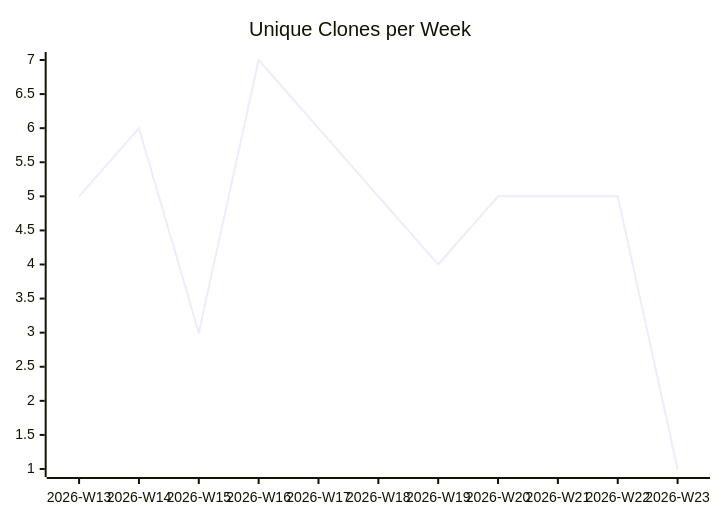
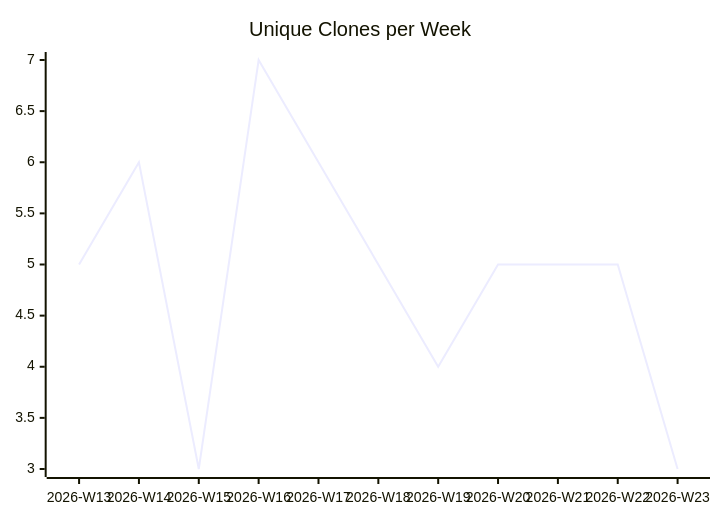
One commit to justdavis-family/github-analytics-data changed the third of 3 diagrams in karlmdavis/kxml2/README.md. Above: the diagram before and after it, drawn with Mermaid. The commit also changed other lines of this file and 186 other files, not shown here.

````diff
--- a/karlmdavis/kxml2/README.md
+++ b/karlmdavis/kxml2/README.md
@@ -19,6 +19,6 @@
 ```mermaid
 xychart-beta
   title "Unique Clones per Week"
   x-axis ["2026-W13", "2026-W14", "2026-W15", "2026-W16", "2026-W17", "2026-W18", "2026-W19", "2026-W20", "2026-W21", "2026-W22", "2026-W23"]
-  line [5, 6, 3, 7, 6, 5, 4, 5, 5, 5, 1]
+  line [5, 6, 3, 7, 6, 5, 4, 5, 5, 5, 3]
 ```
````
